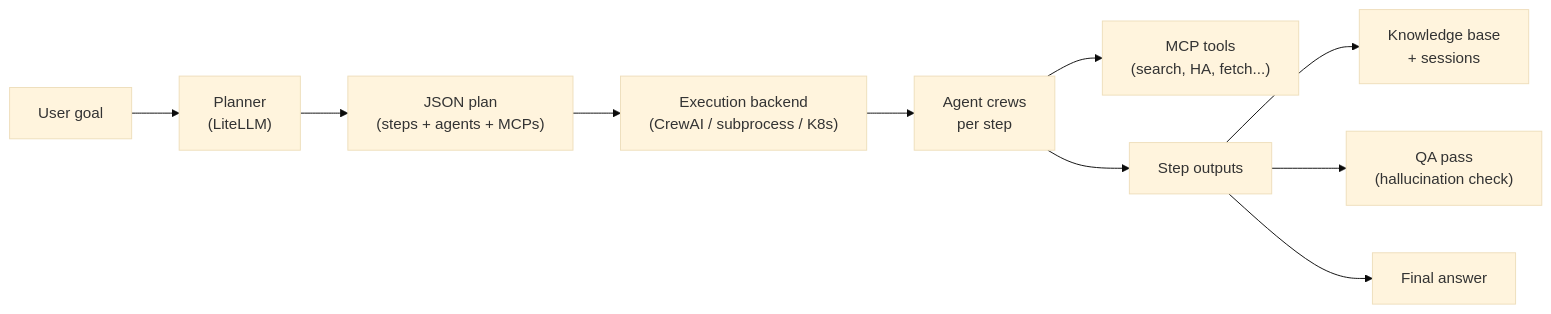
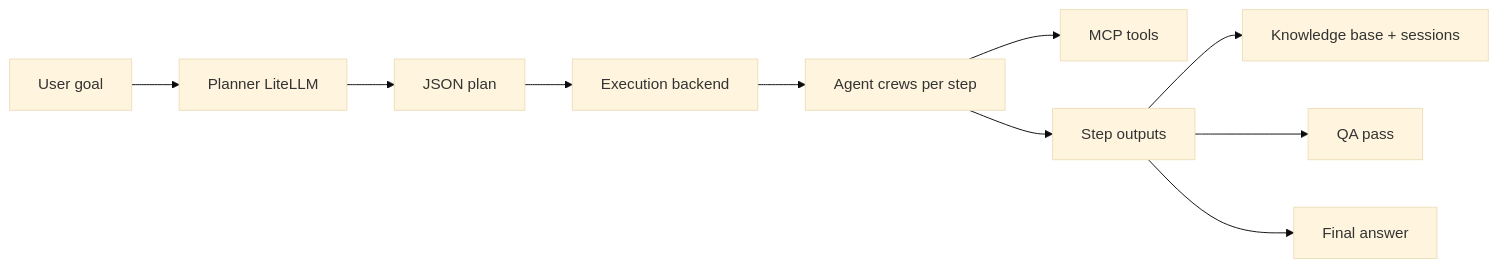
The diagram in docs/architecture/index.md (zlatko-lakisic/agentic-orchestration), drawn with Mermaid (base theme) before and after one commit. The commit also changed other lines of this file and 3 other files, not shown here.

First line of the commit message:
Enable Mermaid diagram rendering on GitHub Pages.

````diff
--- a/docs/architecture/index.md
+++ b/docs/architecture/index.md
@@ -12,12 +13,12 @@
 ```mermaid
 flowchart LR
-  User["User goal"] --> Planner
-  Planner["Planner\n(LiteLLM)"] --> Plan["JSON plan\n(steps + agents + MCPs)"]
-  Plan --> Runner["Execution backend\n(CrewAI / subprocess / K8s)"]
-  Runner --> Agents["Agent crews\nper step"]
-  Agents --> MCP["MCP tools\n(search, HA, fetch...)"]
-  Agents --> Output["Step outputs"]
-  Output --> KB["Knowledge base\n+ sessions"]
-  Output --> QA["QA pass\n(hallucination check)"]
-  Output --> User2["Final answer"]
+  User[User goal] --> Planner
+  Planner[Planner LiteLLM] --> Plan[JSON plan]
+  Plan --> Runner[Execution backend]
+  Runner --> Agents[Agent crews per step]
+  Agents --> MCP[MCP tools]
+  Agents --> Output[Step outputs]
+  Output --> KB[Knowledge base + sessions]
+  Output --> QA[QA pass]
+  Output --> User2[Final answer]
 ```
````
